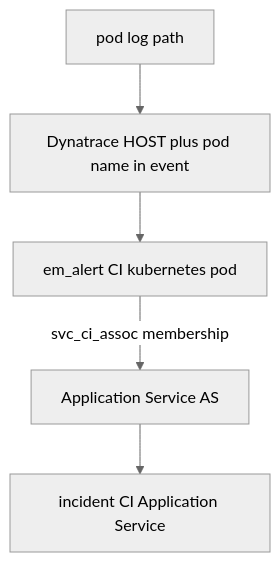
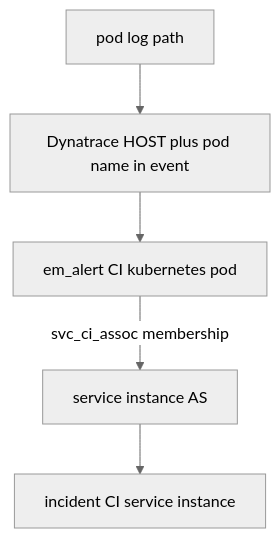
The second of 3 diagrams in servicenow/docs/Log_to_Incident/CMDB_Mapping.md (gxbrooks/spark-observability), drawn with Mermaid (neutral theme) before and after one commit. The commit also changed other lines of this file and 26 other files, not shown here.

````diff
--- a/servicenow/docs/Log_to_Incident/CMDB_Mapping.md
+++ b/servicenow/docs/Log_to_Incident/CMDB_Mapping.md
@@ -39,10 +39,10 @@
 ```mermaid
 flowchart TB
   SLOG[pod log path]
   SDT[Dynatrace HOST plus pod name in event]
   SPOD[em_alert CI kubernetes pod]
-  SAS[Application Service AS]
-  SINC[incident CI Application Service]
+  SAS[service instance AS]
+  SINC[incident CI service instance]
   SLOG --> SDT --> SPOD
   SPOD -->|svc_ci_assoc membership| SAS --> SINC
 ```
````
